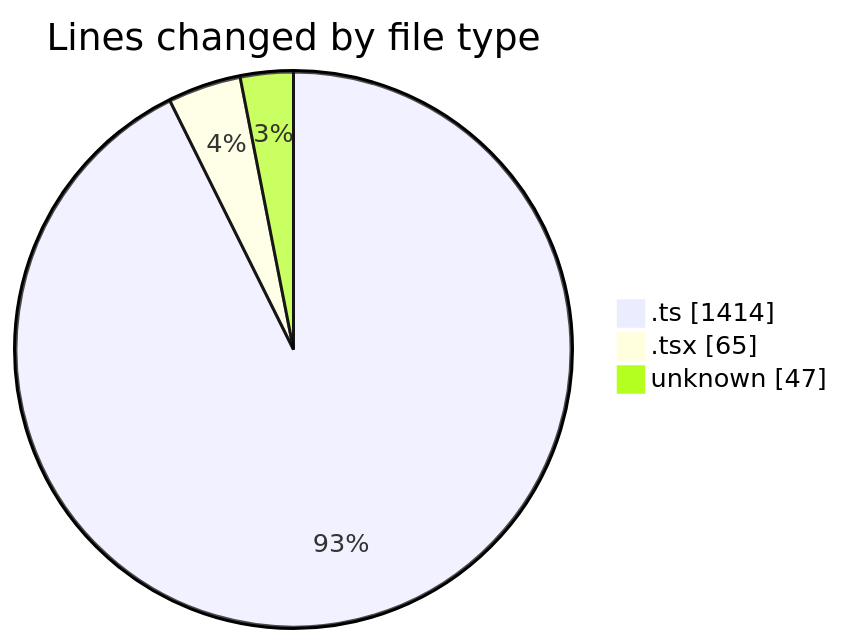
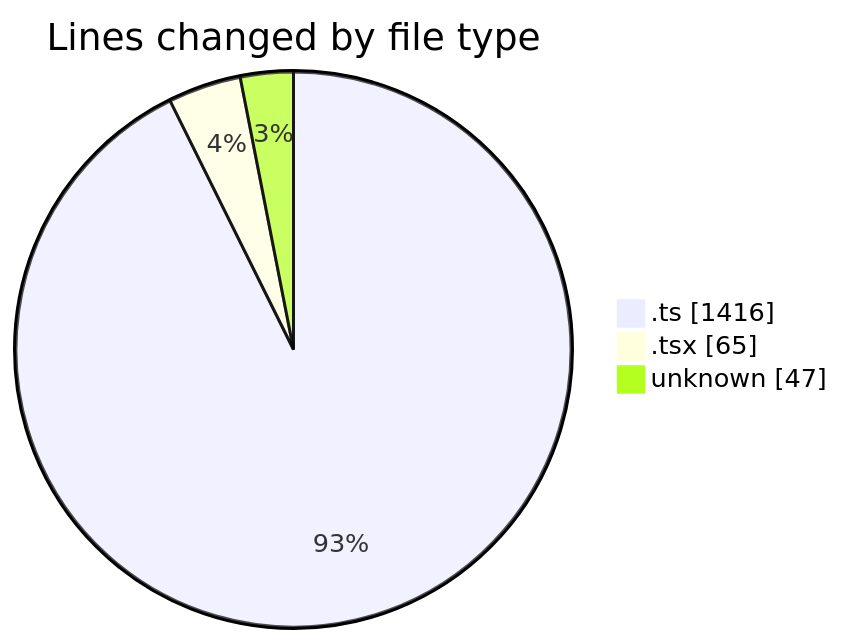
Before and after one commit to momahboobian/code-tracking: the first of 2 diagrams in 2025-09-11/cda/README.md, drawn with Mermaid. The commit also changed other lines of this file and 1 other file, not shown here.

````diff
--- a/2025-09-11/cda/README.md
+++ b/2025-09-11/cda/README.md
@@ -28,7 +28,7 @@
 ```mermaid
 pie showData
 title Lines changed by file type
-".ts" : 1414
+".ts" : 1416
 ".tsx" : 65
 "unknown" : 47
 ```
````
